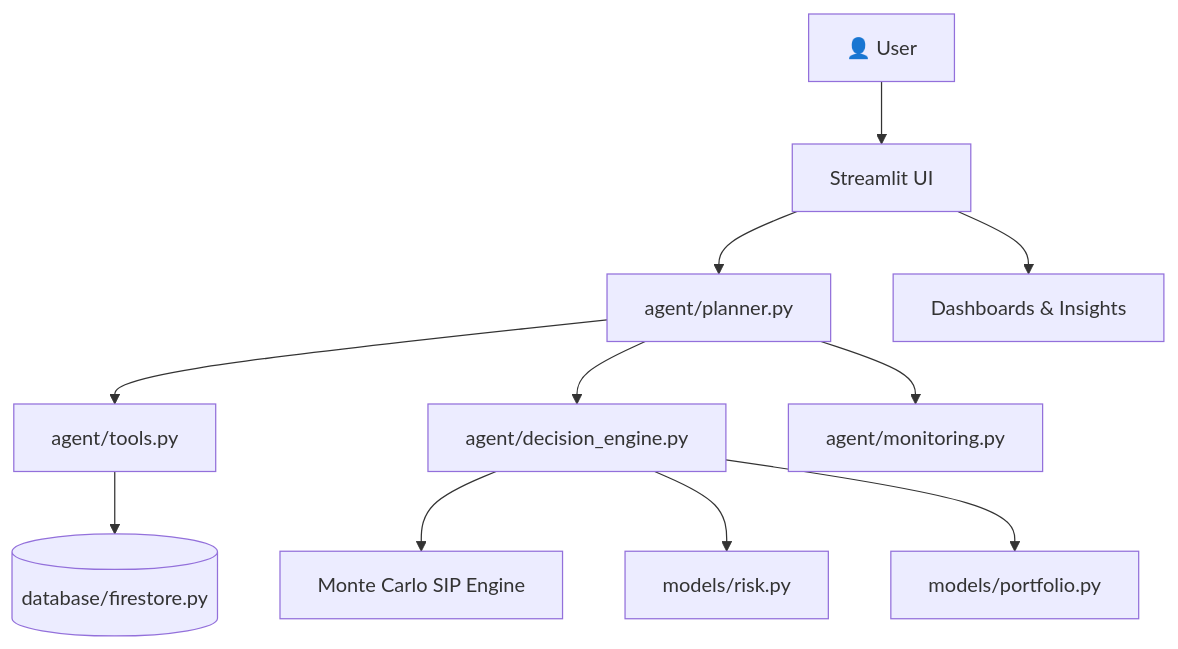
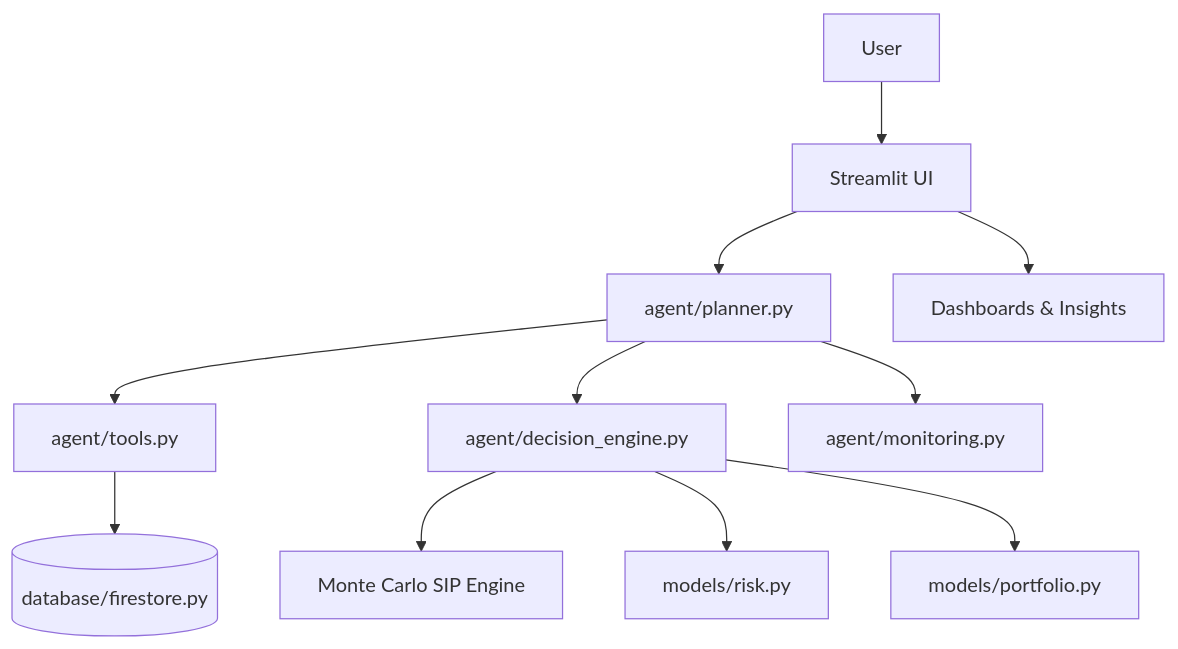
Before and after one commit to Om-Prakash-Samal/FinPilot-AI-Wealth-Intelligence-Platform: the second of 2 diagrams in README.md, drawn with Mermaid.

Commit message:
Fix formatting of user icon in README

````diff
--- a/README.md
+++ b/README.md
@@ -137,13 +137,13 @@
 ```mermaid
 flowchart TB
-    U[👤 User] --> UI[Streamlit UI]
+    U[ User] --> UI[Streamlit UI]
     UI --> P[agent/planner.py]
     P --> T[agent/tools.py]
     P --> DE[agent/decision_engine.py]
     P --> M[agent/monitoring.py]
     DE --> MC[ Monte Carlo SIP Engine]
     DE --> RM[models/risk.py]
     DE --> PM[models/portfolio.py]
     T --> DB[(database/firestore.py)]
     UI --> OUT[ Dashboards & Insights]
 ```
````
